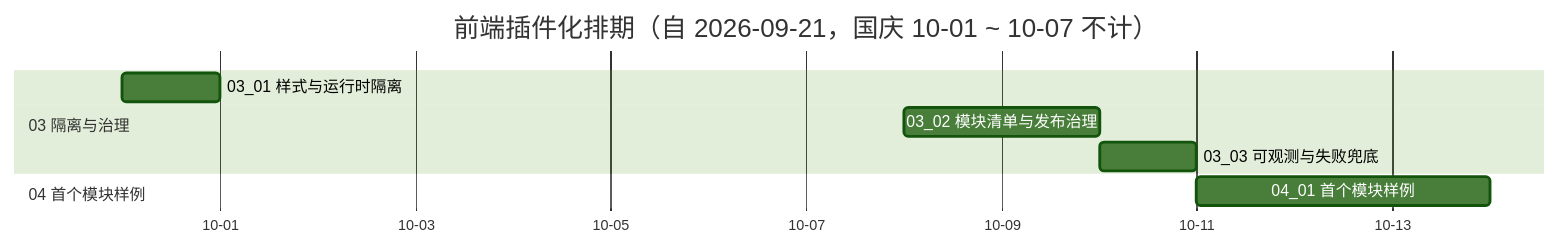
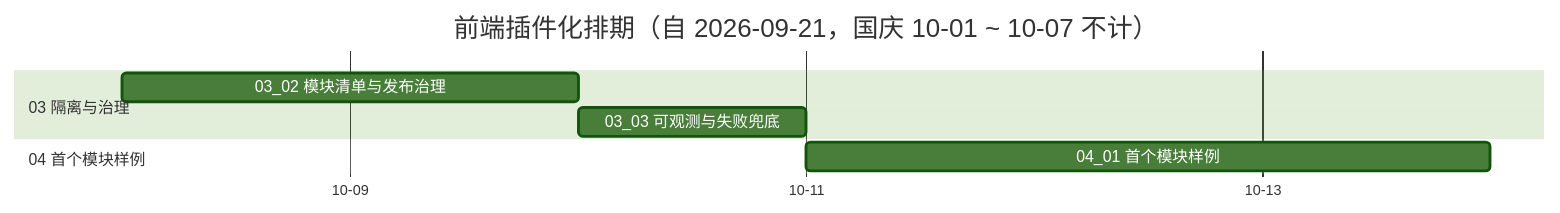
The diagram in bms文档/项目/05_前端插件化/计划/01_计划_前端插件化.md (minjian123/basic-management-system), drawn with Mermaid (forest theme) before and after one commit. The commit also changed other lines of this file and 14 other files, not shown here.

````diff
--- a/bms文档/项目/05_前端插件化/计划/01_计划_前端插件化.md
+++ b/bms文档/项目/05_前端插件化/计划/01_计划_前端插件化.md
@@ -42,13 +42,12 @@
 ```mermaid
 gantt
     title 前端插件化排期（自 2026-09-21，国庆 10-01 ~ 10-07 不计）
     dateFormat YYYY-MM-DD
     axisFormat %m-%d
     tickInterval 2day
     section 03 隔离与治理
-    03_01 样式与运行时隔离 :a5, 2026-09-30, 1d
     03_02 模块清单与发布治理 :a6, 2026-10-08, 2d
     03_03 可观测与失败兜底 :a7, after a6, 1d
     section 04 首个模块样例
     04_01 首个模块样例 :a8, after a7, 3d
 ```
````
